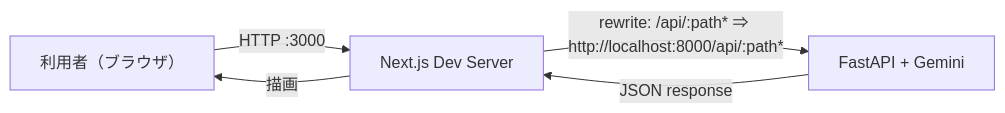
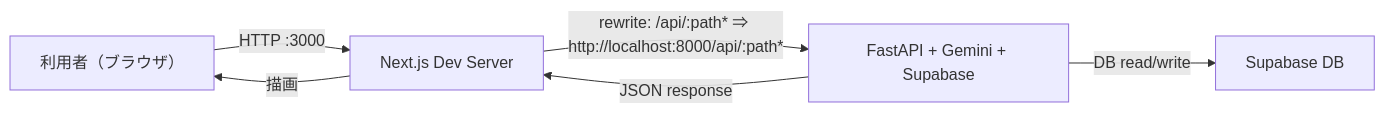
The first of 4 diagrams in _docs/実装状況.md (Uzy03/Hackathon_2026-3-7), drawn with Mermaid before and after one commit. The commit also changed other lines of this file, not shown here.

````diff
--- a/_docs/実装状況.md
+++ b/_docs/実装状況.md
@@ -7,7 +7,8 @@
 ```mermaid
 flowchart LR
   U["利用者（ブラウザ）"] -->|HTTP :3000| FE["Next.js Dev Server"]
-  FE -->|rewrite: /api/:path* ⇒ http://localhost:8000/api/:path*| BE["FastAPI + Gemini"]
+  FE -->|rewrite: /api/:path* ⇒ http://localhost:8000/api/:path*| BE["FastAPI + Gemini + Supabase"]
   BE -->|JSON response| FE
+  BE -->|DB read/write| DB["Supabase DB"]
   FE -->|描画| U
 ```
````
